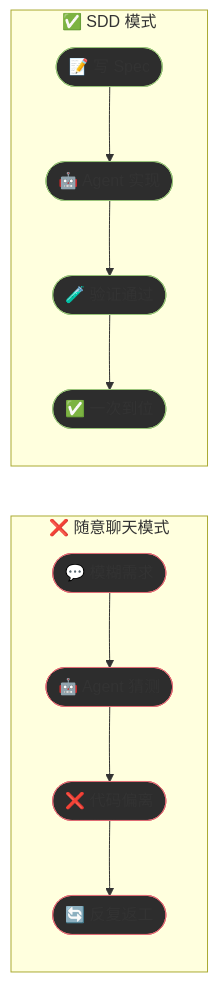
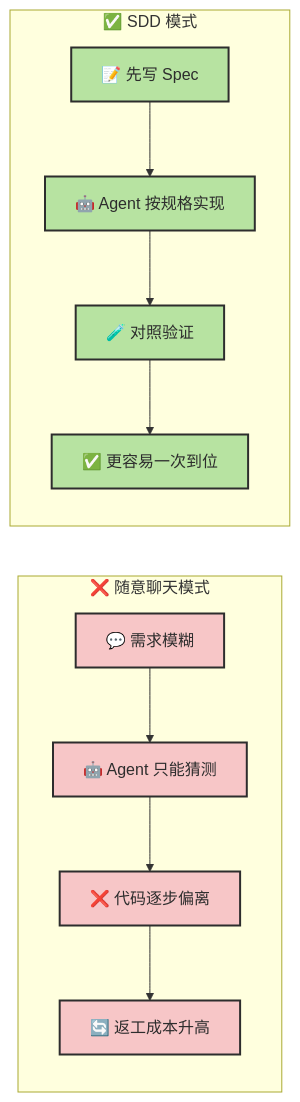
One commit to zht043/AgenticCodingTutorial changed the third of 7 diagrams in docs/chapters/ch09-engineering.md. Above: the diagram before and after it, drawn with Mermaid. The commit also changed other lines of this file and 69 other files, not shown here.

Commit message:
optimize docs and add mermaid validation

````diff
--- a/docs/chapters/ch09-engineering.md
+++ b/docs/chapters/ch09-engineering.md
@@ -183,23 +177,23 @@
 ```mermaid
 flowchart LR
+    classDef bad fill:#f7c6c7,stroke:#2d2d2d,stroke-width:2px,color:#2d2d2d
+    classDef good fill:#b7e3a1,stroke:#2d2d2d,stroke-width:2px,color:#2d2d2d
+
     subgraph Bad["❌ 随意聊天模式"]
-        B1(["💬 模糊需求"]) --> B2(["🤖 Agent 猜测"])
-        B2 --> B3(["❌ 代码偏离"])
-        B3 --> B4(["🔄 反复返工"])
+        direction TB
+        B1["💬 需求模糊"]:::bad
+        B2["🤖 Agent 只能猜测"]:::bad
+        B3["❌ 代码逐步偏离"]:::bad
+        B4["🔄 返工成本升高"]:::bad
+        B1 --> B2 --> B3 --> B4
     end
 
     subgraph Good["✅ SDD 模式"]
-        G1(["📝 写 Spec"]) --> G2(["🤖 Agent 实现"])
-        G2 --> G3(["🧪 验证通过"])
-        G3 --> G4(["✅ 一次到位"])
+        direction TB
+        G1["📝 先写 Spec"]:::good
+        G2["🤖 Agent 按规格实现"]:::good
+        G3["🧪 对照验证"]:::good
+        G4["✅ 更容易一次到位"]:::good
+        G1 --> G2 --> G3 --> G4
     end
-
-    style B1 fill:#2d2d2d,stroke:#e06c75
-    style B2 fill:#2d2d2d,stroke:#e06c75
-    style B3 fill:#2d2d2d,stroke:#e06c75
-    style B4 fill:#2d2d2d,stroke:#e06c75
-    style G1 fill:#2d2d2d,stroke:#98c379
-    style G2 fill:#2d2d2d,stroke:#98c379
-    style G3 fill:#2d2d2d,stroke:#98c379
-    style G4 fill:#2d2d2d,stroke:#98c379
 ```
````
